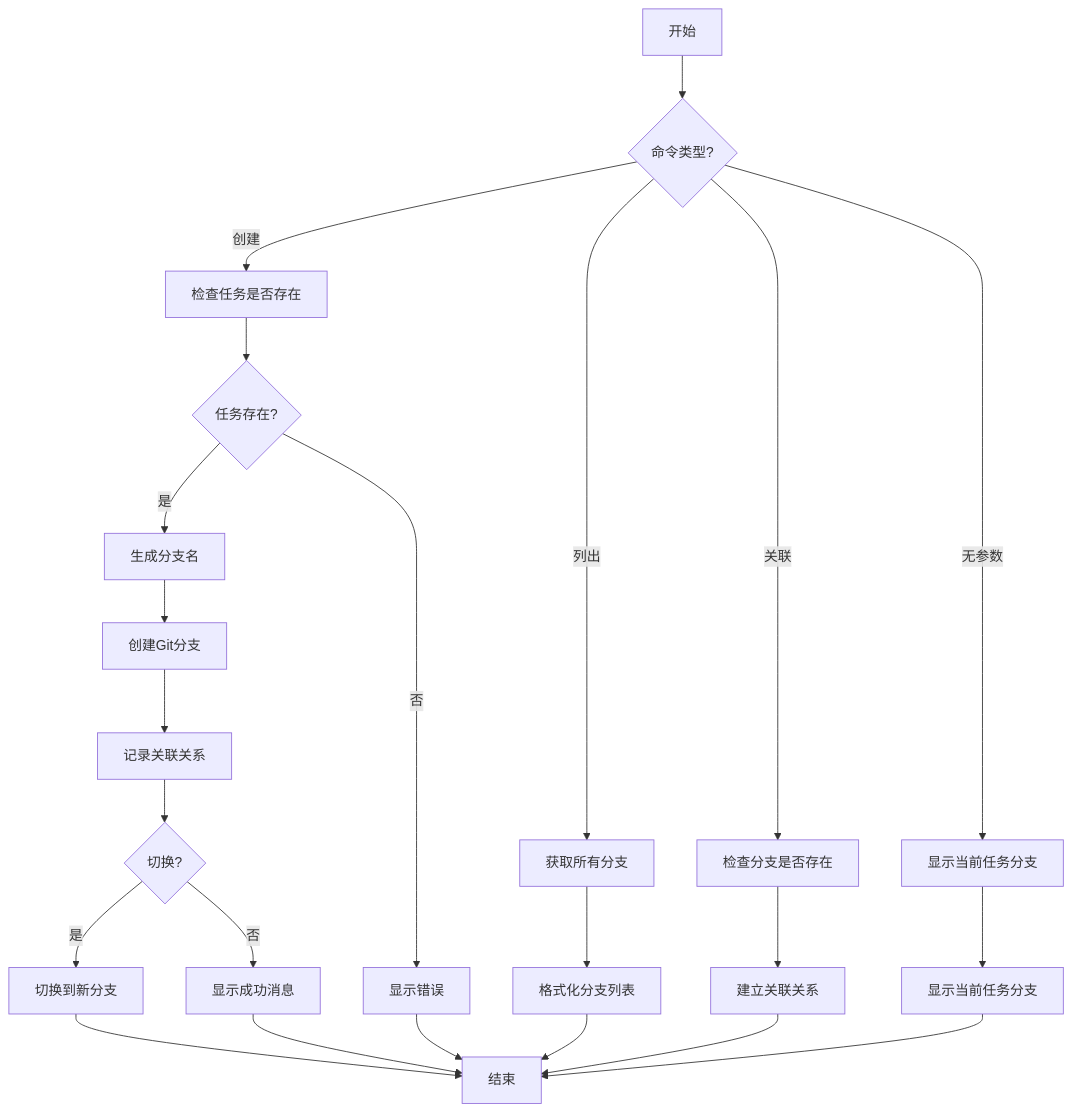
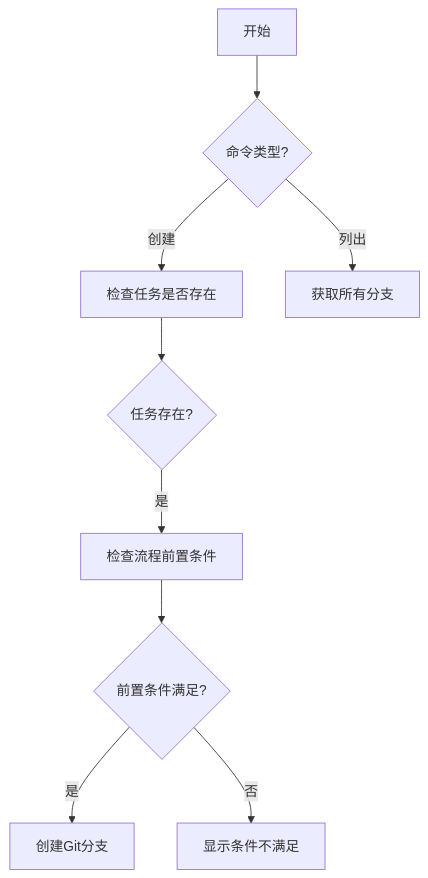
The diagram in .cursor/rules/command-rules/branch-command.mdc (jacobcy/VibeCopilot), drawn with Mermaid before and after one commit. The commit also changed other lines of this file and 17 other files, not shown here.

````diff
--- a/.cursor/rules/command-rules/branch-command.mdc
+++ b/.cursor/rules/command-rules/branch-command.mdc
@@ -32,29 +31,11 @@
 ```mermaid
 flowchart TD
     A[开始] --> B{命令类型?}
     B -->|创建| C[检查任务是否存在]
     B -->|列出| D[获取所有分支]
-    B -->|关联| E[检查分支是否存在]
-    B -->|无参数| F[显示当前任务分支]
-
     C --> G{任务存在?}
-    G -->|是| H[生成分支名]
-    G -->|否| I[显示错误]
-
-    H --> J[创建Git分支]
-    J --> K[记录关联关系]
-    K --> L{切换?}
-    L -->|是| M[切换到新分支]
-    L -->|否| N[显示成功消息]
-
-    D --> O[格式化分支列表]
-    E --> P[建立关联关系]
-    F --> Q[显示当前任务分支]
-
-    M --> R[结束]
-    N --> R
-    I --> R
-    O --> R
-    P --> R
-    Q --> R
+    G -->|是| H[检查流程前置条件]
+    H --> I{前置条件满足?}
+    I -->|是| J[创建Git分支]
+    I -->|否| K[显示条件不满足]
 ```
````
